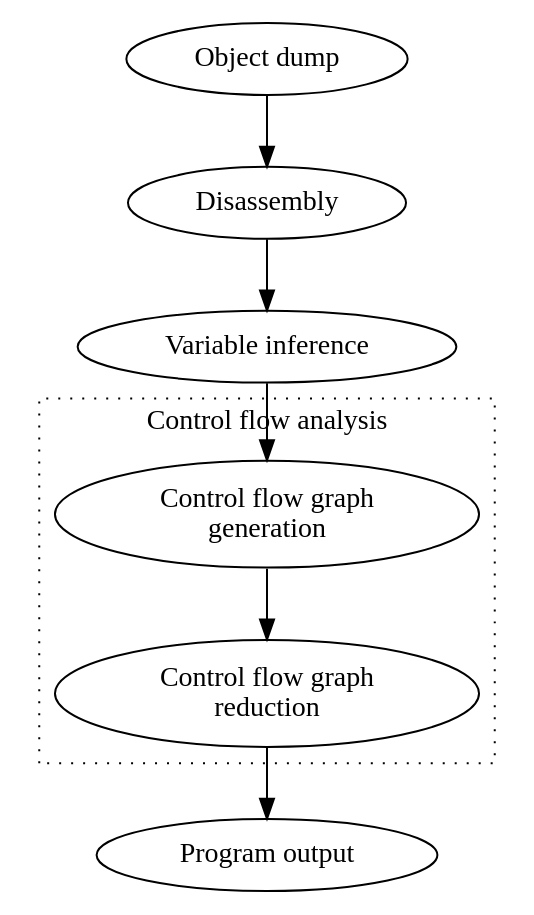
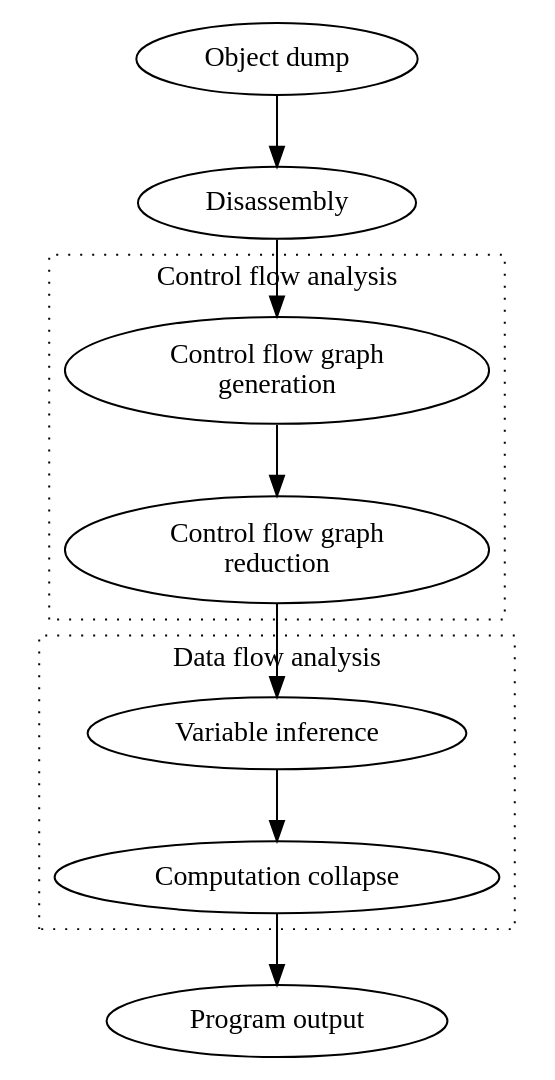
The diagram in doc/images/graph_stages.dot (drx/ocd), drawn with Graphviz before and after one commit. The commit also changed 4 other files, not shown here.

```diff
--- a/doc/images/graph_stages.dot
+++ b/doc/images/graph_stages.dot
@@ -1,13 +1,18 @@
 digraph graph_stages {
     1 [label="Object dump"];
     2 [label="Disassembly"];
-    3 [label="Variable inference"]
     subgraph cluster_cf {
-        4 [label="Control flow graph\ngeneration"];
-        5 [label="Control flow graph\nreduction"];
+        3 [label="Control flow graph\ngeneration"];
+        4 [label="Control flow graph\nreduction"];
         label = "Control flow analysis";
         style = dotted;
     }
-    6 [label="Program output"];
-    1 -> 2 -> 3 -> 4 -> 5 -> 6;
+    subgraph cluster_df {
+        5 [label="Variable inference"];
+        6 [label="Computation collapse"];
+        label = "Data flow analysis";
+        style = dotted;
+    }
+    7 [label="Program output"];
+    1 -> 2 -> 3 -> 4 -> 5 -> 6 -> 7;
 }
```
